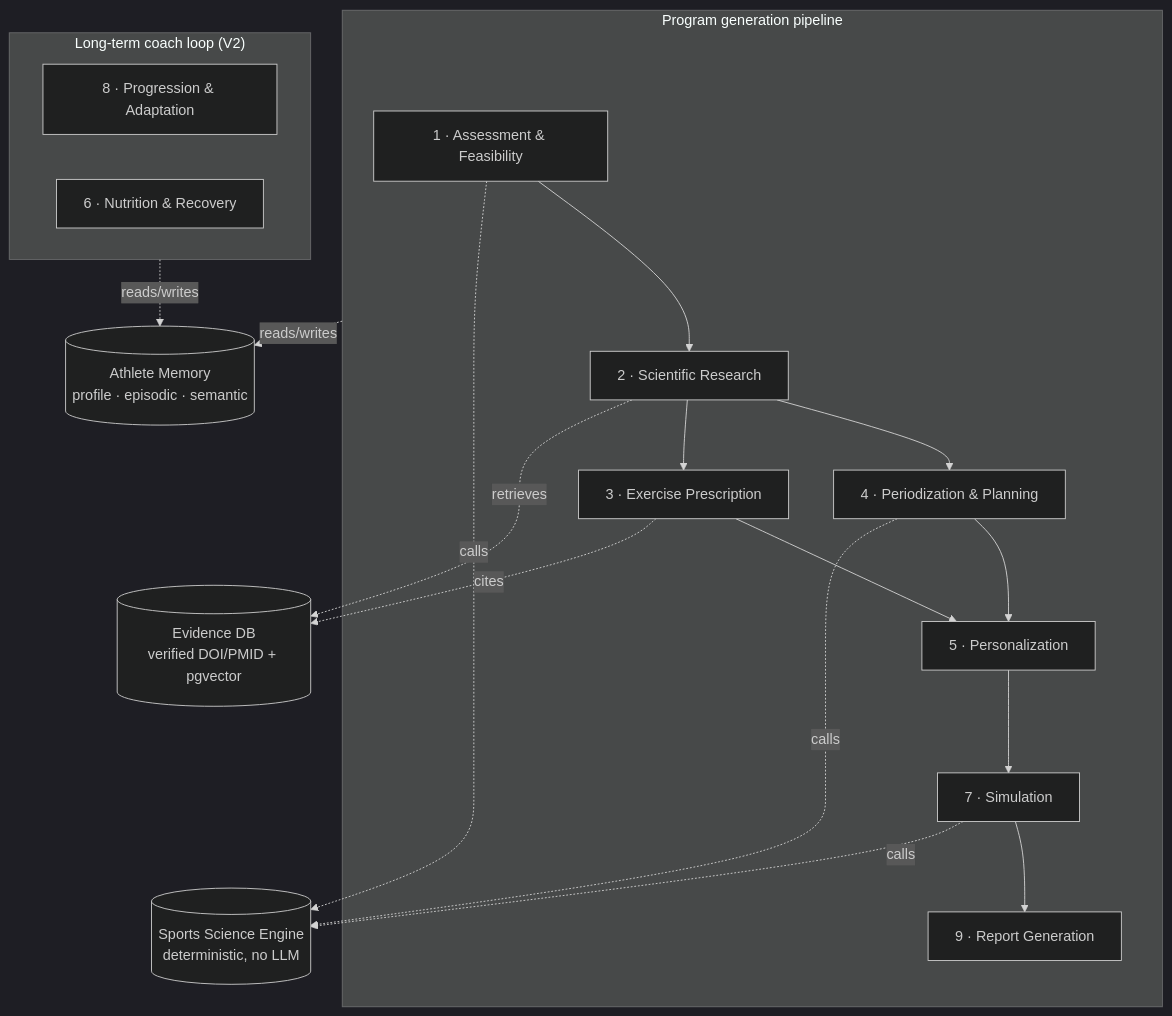
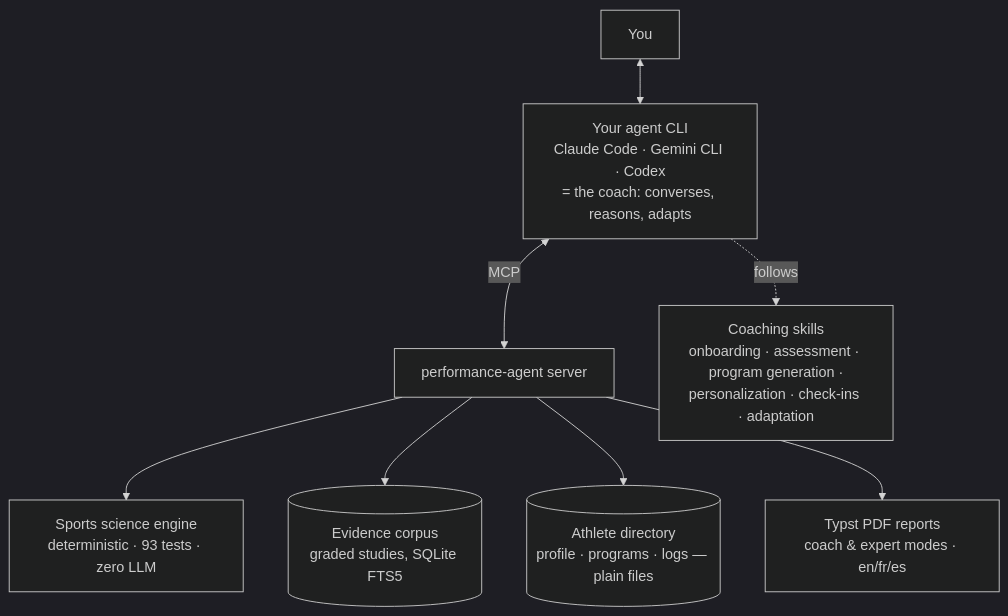
The diagram in README.md (clementrx/Performance-agent), drawn with Mermaid (dark theme) before and after one commit. The commit also changed other lines of this file and 2 other files, not shown here.

Commit message:
Pivot architecture to agent-native MCP model (spec v2)

````diff
--- a/README.md
+++ b/README.md
@@ -53,26 +51,11 @@
 ```mermaid
 flowchart TB
-    subgraph Pipeline["Program generation pipeline"]
-        A1[1 · Assessment & Feasibility] --> A2[2 · Scientific Research]
-        A2 --> A4[4 · Periodization & Planning]
-        A2 --> A3[3 · Exercise Prescription]
-        A4 --> A5[5 · Personalization]
-        A3 --> A5
-        A5 --> A7[7 · Simulation]
-        A7 --> A9[9 · Report Generation]
-    end
-    subgraph Coach["Long-term coach loop (V2)"]
-        A8[8 · Progression & Adaptation]
-        A6[6 · Nutrition & Recovery]
-    end
-    E[(Sports Science Engine<br/>deterministic, no LLM)]
-    DB[(Evidence DB<br/>verified DOI/PMID + pgvector)]
-    M[(Athlete Memory<br/>profile · episodic · semantic)]
-    A1 -.calls.-> E
-    A7 -.calls.-> E
-    A4 -.calls.-> E
-    A2 -.retrieves.-> DB
-    A3 -.cites.-> DB
-    Pipeline -.reads/writes.-> M
-    Coach -.reads/writes.-> M
+    U[You] <--> H[Your agent CLI<br/>Claude Code · Gemini CLI · Codex<br/>= the coach: converses, reasons, adapts]
+    H <-->|MCP| S[performance-agent server]
+    H -.follows.-> SK[Coaching skills<br/>onboarding · assessment · program generation ·
+personalization · check-ins · adaptation]
+    S --> E[Sports science engine<br/>deterministic · 93 tests · zero LLM]
+    S --> EV[(Evidence corpus<br/>graded studies, SQLite FTS5)]
+    S --> M[(Athlete directory<br/>profile · programs · logs — plain files)]
+    S --> R[Typst PDF reports<br/>coach & expert modes · en/fr/es]
 ```
````
